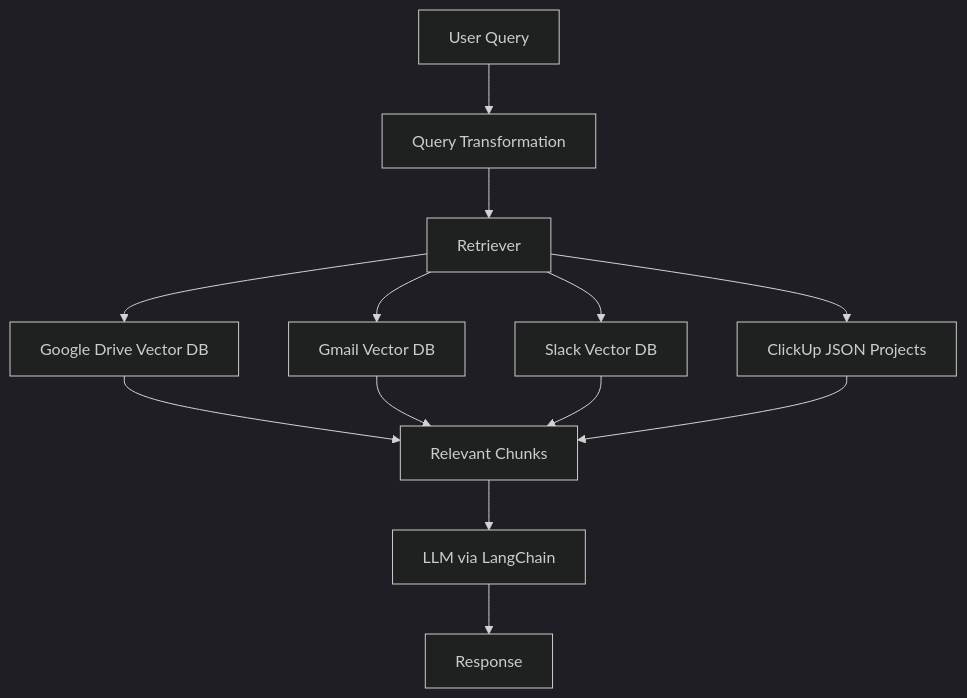
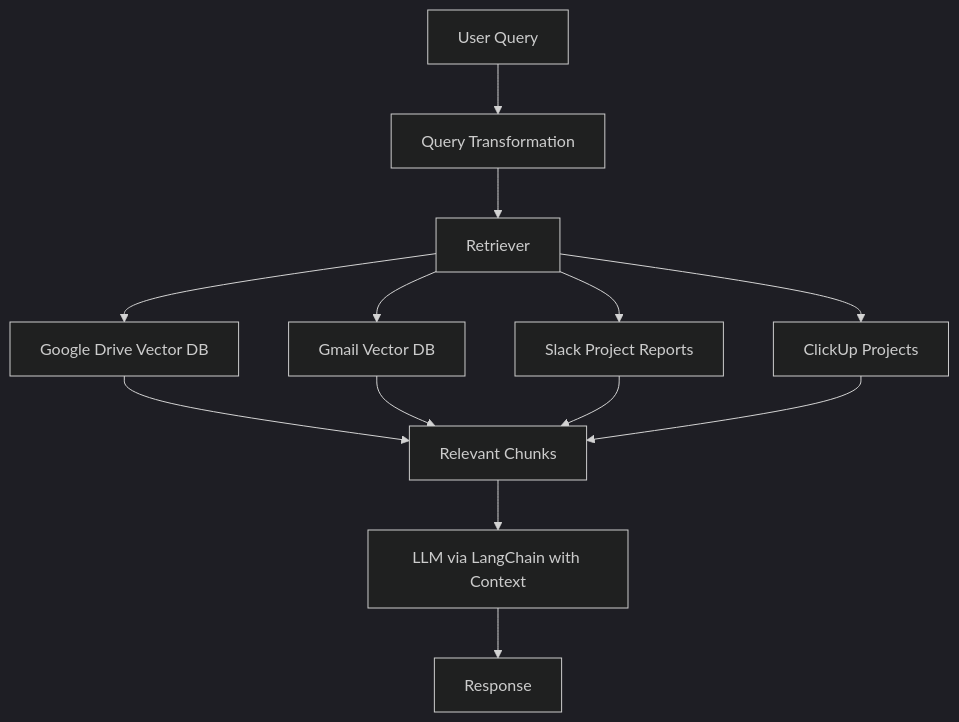
One commit to Zohaib-Sathio/Marketlytics-OneQuery changed the diagram in README.md. Above: the diagram before and after it, drawn with Mermaid (dark theme). The commit also changed other lines of this file, not shown here.

````diff
--- a/README.md
+++ b/README.md
@@ -24,15 +24,15 @@
 ```mermaid
 flowchart TD
     A[User Query] --> A1[Query Transformation]
     A1 --> B[Retriever]
     B --> C1[Google Drive Vector DB]
     B --> C2[Gmail Vector DB]
-    B --> C3[Slack Vector DB]
-    B --> C4[ClickUp JSON Projects]
+    B --> C3[Slack Project Reports]
+    B --> C4[ClickUp Projects]
     C1 --> D[Relevant Chunks]
     C2 --> D
     C3 --> D
     C4 --> D
-    D --> E[LLM via LangChain]
+    D --> E[LLM via LangChain with Context]
     E --> F[Response]
 ```
````
